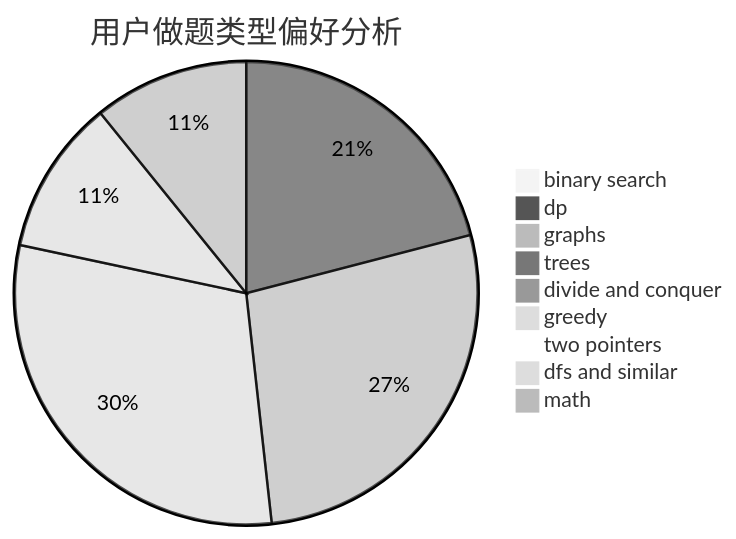
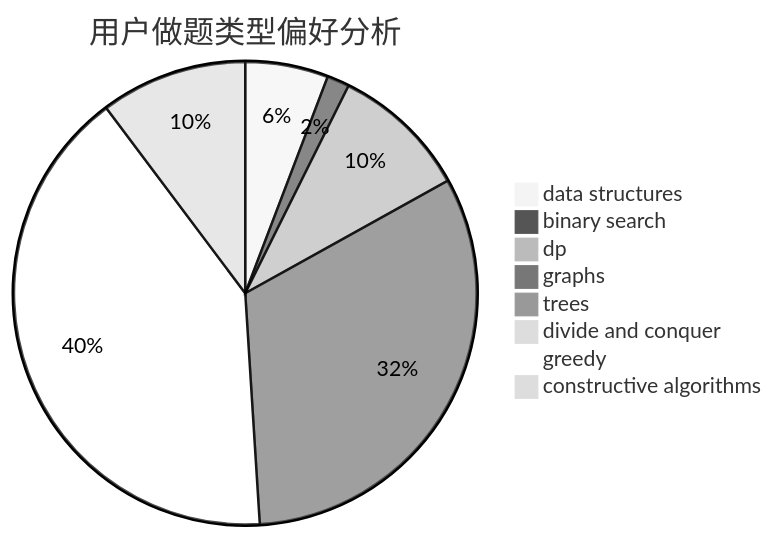
Before and after one commit to sherpahu/cfrs.github.io: the second of 3 diagrams in docs/user/u1769.md, drawn with Mermaid (neutral theme). The commit also changed other lines of this file and 2775 other files, not shown here.

````diff
--- a/docs/user/u1769.md
+++ b/docs/user/u1769.md
@@ -23,12 +23,11 @@
 ```mermaid
 pie title 用户做题类型偏好分析
+    "data structures" :  26
     "binary search" :  7
-    "dp" :  298
-    "graphs" :  388
+    "dp" :  43
+    "graphs" :  144
     "trees" :  3
-    "divide and conquer" :  5
-    "greedy" :  428
-    "two pointers" :  1
-    "dfs and similar" :  154
-    "math" :  154
+    "divide and conquer" :  0
+    "greedy" :  183
+    "constructive algorithms" :  46
 ```
````
